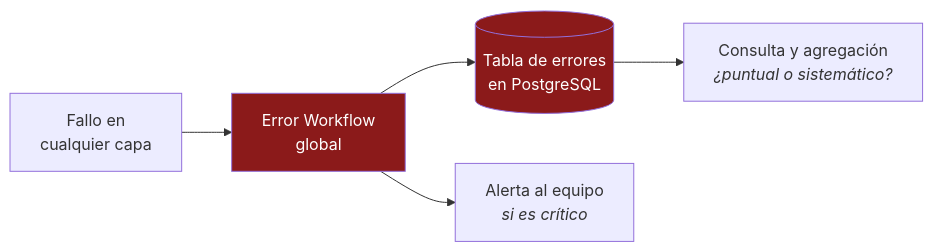
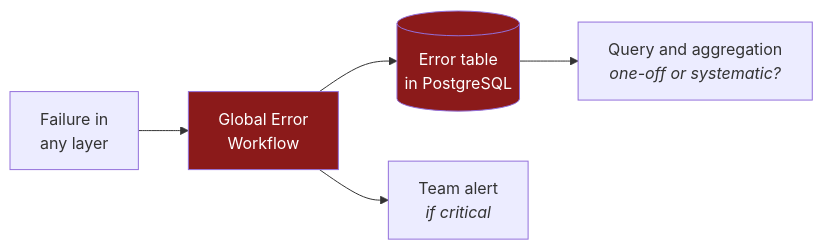
One commit to BhrayanM/Portafolio changed the third of 3 diagrams in docs/patterns/webhook-ai-crm-notify.md. Above: the diagram before and after it, drawn with Mermaid. The commit also changed other lines of this file and 59 other files, not shown here.

````diff
--- a/docs/patterns/webhook-ai-crm-notify.md
+++ b/docs/patterns/webhook-ai-crm-notify.md
@@ -164,10 +164,10 @@
 ```mermaid
 flowchart LR
-    A["Fallo en<br/>cualquier capa"] --> B["Error Workflow<br/>global"]
-    B --> C[("Tabla de errores<br/>en PostgreSQL")]
-    B --> D["Alerta al equipo<br/><i>si es crítico</i>"]
-    C --> E["Consulta y agregación<br/><i>¿puntual o sistemático?</i>"]
+    A["Failure in<br/>any layer"] --> B["Global Error<br/>Workflow"]
+    B --> C[("Error table<br/>in PostgreSQL")]
+    B --> D["Team alert<br/><i>if critical</i>"]
+    C --> E["Query and aggregation<br/><i>one-off or systematic?</i>"]
 
     style B fill:#8b1a1a,color:#fff
     style C fill:#8b1a1a,color:#fff
 ```
````
